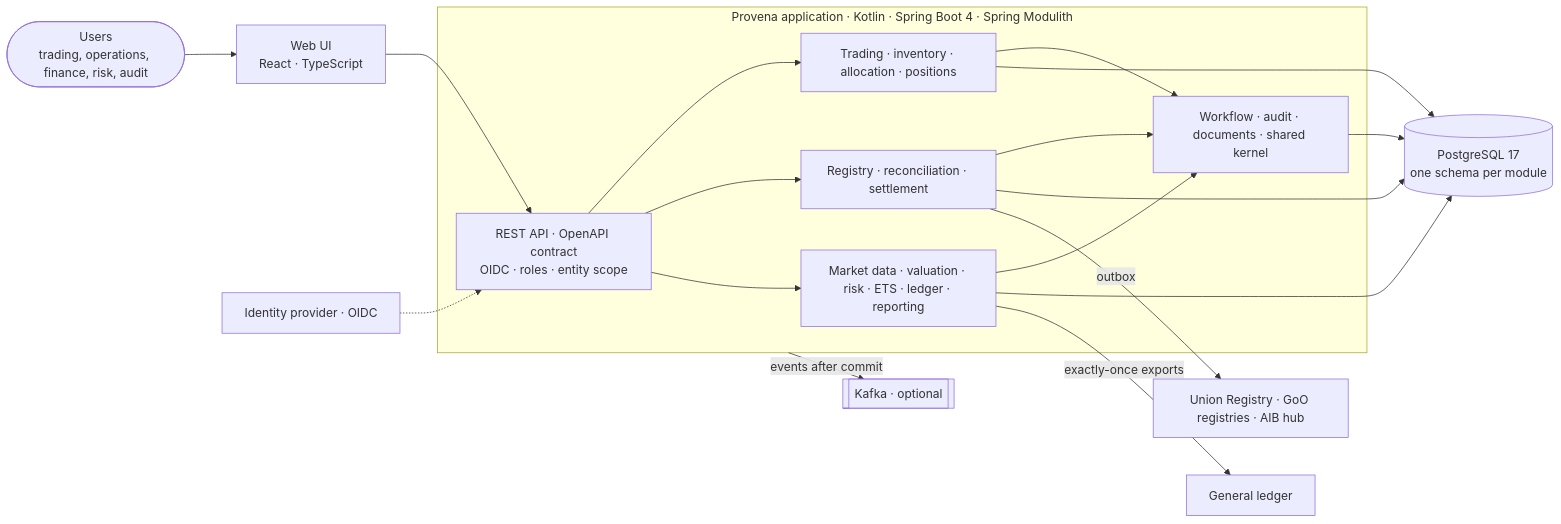
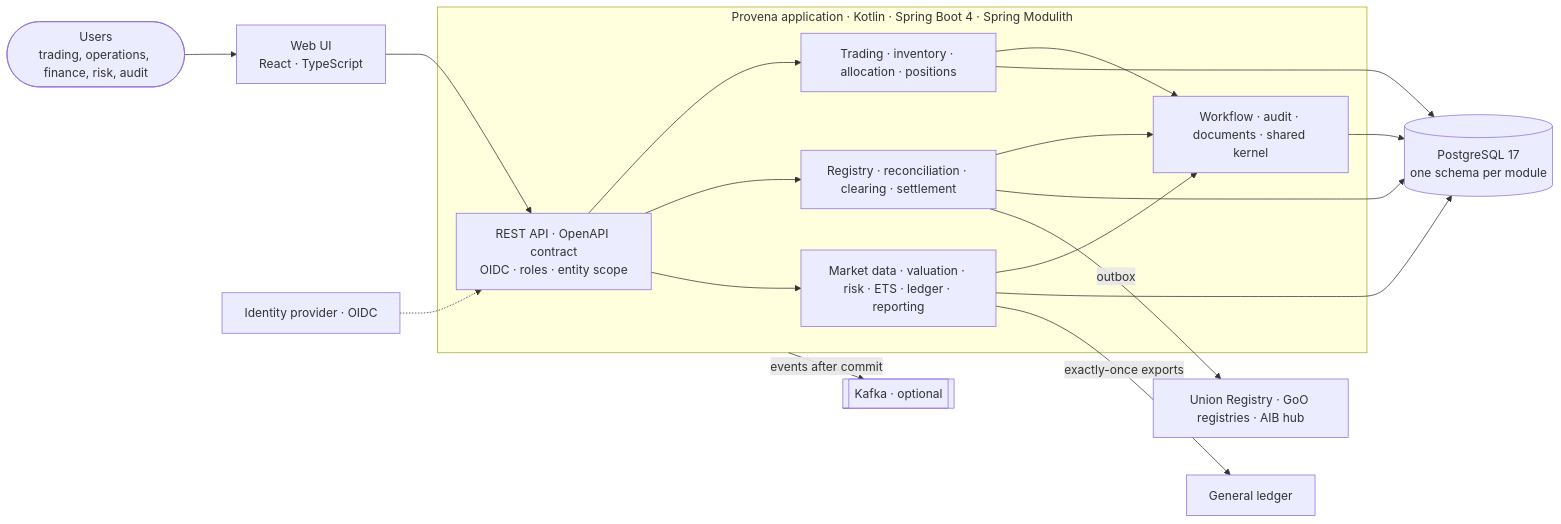
The diagram in README.md (Pianonurmi/goo-ets-etrm), drawn with Mermaid before and after one commit. The commit also changed other lines of this file and 14 other files, not shown here.

First line of the commit message:
Bring README, docs index, architecture plan and deck up to 0.17.0 (#96)

````diff
--- a/README.md
+++ b/README.md
@@ -159,17 +173,17 @@
 ```mermaid
 flowchart LR
   user([Users<br>trading, operations, finance, risk, audit]) --> web[Web UI<br>React · TypeScript]
   web --> api
   subgraph app[Provena application · Kotlin · Spring Boot 4 · Spring Modulith]
     api[REST API · OpenAPI contract<br>OIDC · roles · entity scope]
     api --> core[Trading · inventory · allocation · positions]
-    api --> ops[Registry · reconciliation · settlement]
+    api --> ops[Registry · reconciliation · clearing · settlement]
     api --> fin[Market data · valuation · risk · ETS · ledger · reporting]
     core & ops & fin --> plat[Workflow · audit · documents · shared kernel]
   end
   core & ops & fin & plat --> db[(PostgreSQL 17<br>one schema per module)]
   ops -- outbox --> reg[Union Registry · GoO registries · AIB hub]
   fin -- exactly-once exports --> gl[General ledger]
   app -- events after commit --> kafka[[Kafka · optional]]
   idp[Identity provider · OIDC] -.-> api
 ```
````
